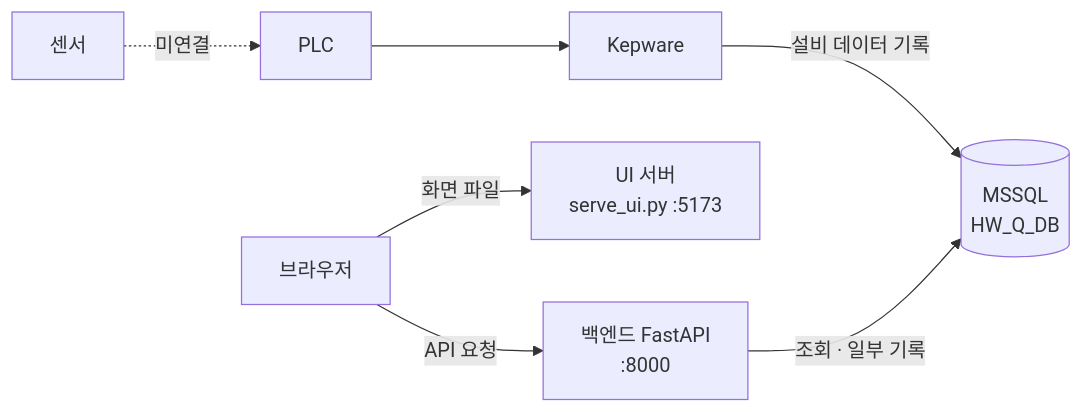
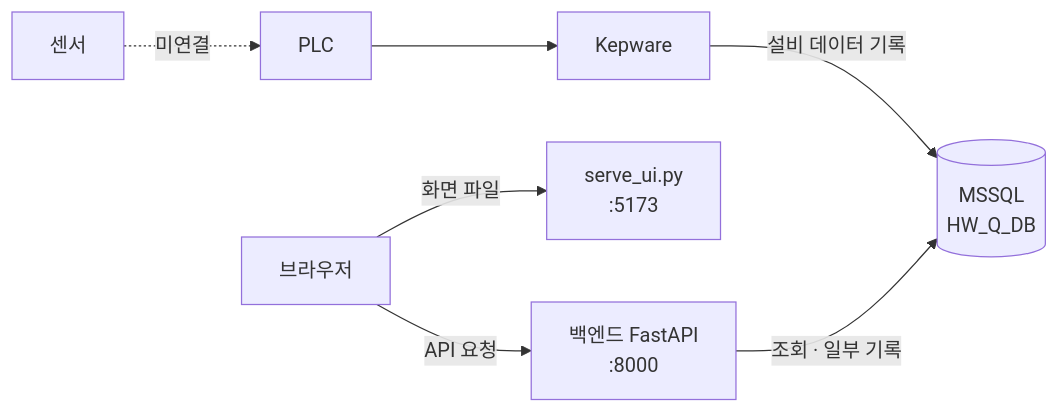
The diagram in README.md (ms63-v0/AJIN-Handover-Code), drawn with Mermaid before and after one commit. The commit also changed other lines of this file, not shown here.

````diff
--- a/README.md
+++ b/README.md
@@ -47,9 +254,9 @@
 ```mermaid
 flowchart LR
     S["센서"] -. "미연결" .-> P["PLC"]
     P --> K["Kepware"]
     K -->|"설비 데이터 기록"| D[("MSSQL<br/>HW_Q_DB")]
-    W["브라우저"] -->|"화면 파일"| U["UI 서버<br/>serve_ui.py :5173"]
+    W["브라우저"] -->|"화면 파일"| U["serve_ui.py<br/>:5173"]
     W -->|"API 요청"| B["백엔드 FastAPI<br/>:8000"]
     B -->|"조회 · 일부 기록"| D
 ```
````
